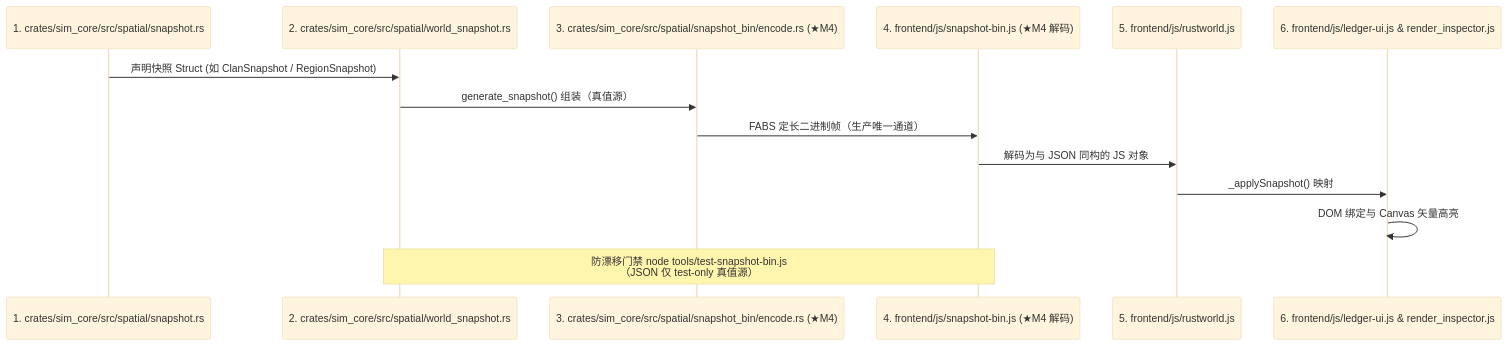
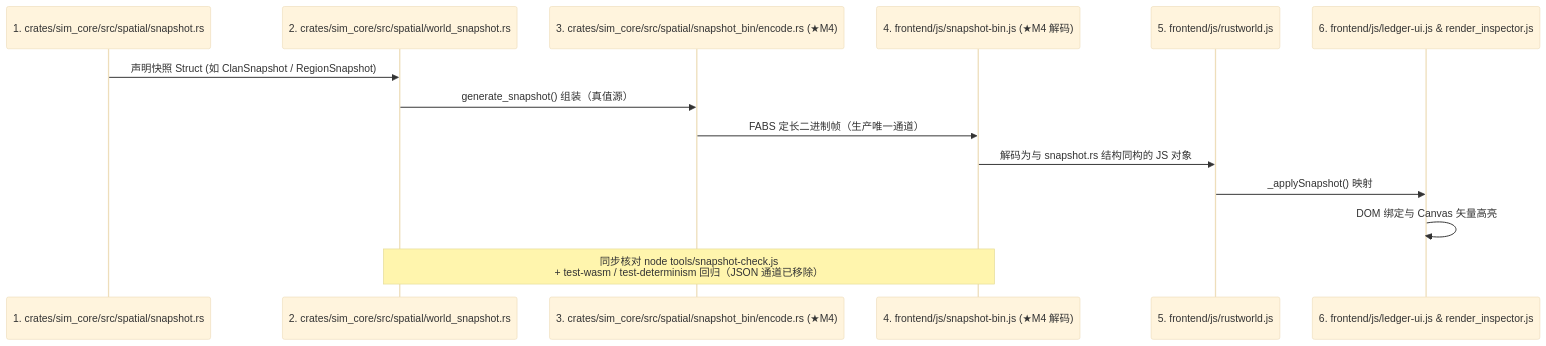
The third of 4 diagrams in docs/current/tech/21-frontend-dev-guide.md (g39088902/FlowAndAccord), drawn with Mermaid (base theme) before and after one commit. The commit also changed 49 other files, not shown here.

````diff
--- a/docs/current/tech/21-frontend-dev-guide.md
+++ b/docs/current/tech/21-frontend-dev-guide.md
@@ -89,17 +89,17 @@
 ```mermaid
 sequenceDiagram
     participant Rust as 1. crates/sim_core/src/spatial/snapshot.rs
     participant Gen as 2. crates/sim_core/src/spatial/world_snapshot.rs
     participant Enc as 3. crates/sim_core/src/spatial/snapshot_bin/encode.rs (★M4)
     participant Dec as 4. frontend/js/snapshot-bin.js (★M4 解码)
     participant Adapt as 5. frontend/js/rustworld.js
     participant UI as 6. frontend/js/ledger-ui.js & render_inspector.js
 
     Rust->>Gen: 声明快照 Struct (如 ClanSnapshot / RegionSnapshot)
     Gen->>Enc: generate_snapshot() 组装（真值源）
     Enc->>Dec: FABS 定长二进制帧（生产唯一通道）
-    Dec->>Adapt: 解码为与 JSON 同构的 JS 对象
+    Dec->>Adapt: 解码为与 snapshot.rs 结构同构的 JS 对象
     Adapt->>UI: _applySnapshot() 映射
     UI->>UI: DOM 绑定与 Canvas 矢量高亮
-    Note over Gen,Dec: 防漂移门禁 node tools/test-snapshot-bin.js<br/>（JSON 仅 test-only 真值源）
+    Note over Gen,Dec: 同步核对 node tools/snapshot-check.js<br/>+ test-wasm / test-determinism 回归（JSON 通道已移除）
 ```
````
